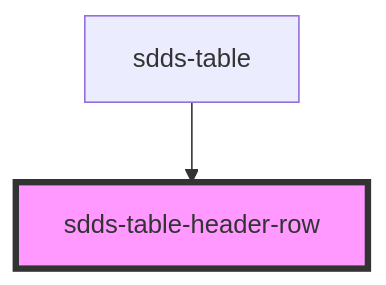
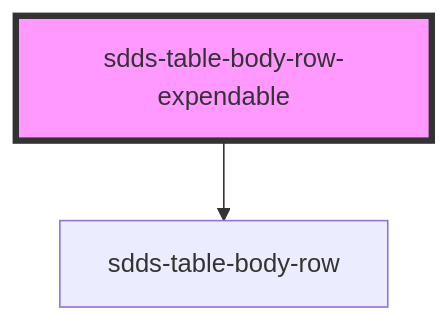
One commit to scania-digital-design-system/sdds changed the diagram in components/src/components/table/readme.md. Above: the diagram before and after it, drawn with Mermaid. The commit also changed other lines of this file and 3 other files, not shown here.

Commit message:
fix: table header cell as a separate component

````diff
--- a/components/src/components/table/readme.md
+++ b/components/src/components/table/readme.md
@@ -13,5 +13,5 @@
 ```mermaid
 graph TD;
-  sdds-table --> sdds-table-header-row
-  style sdds-table-header-row fill:#f9f,stroke:#333,stroke-width:4px
+  sdds-table-body-row-expendable --> sdds-table-body-row
+  style sdds-table-body-row-expendable fill:#f9f,stroke:#333,stroke-width:4px
 ```
````
